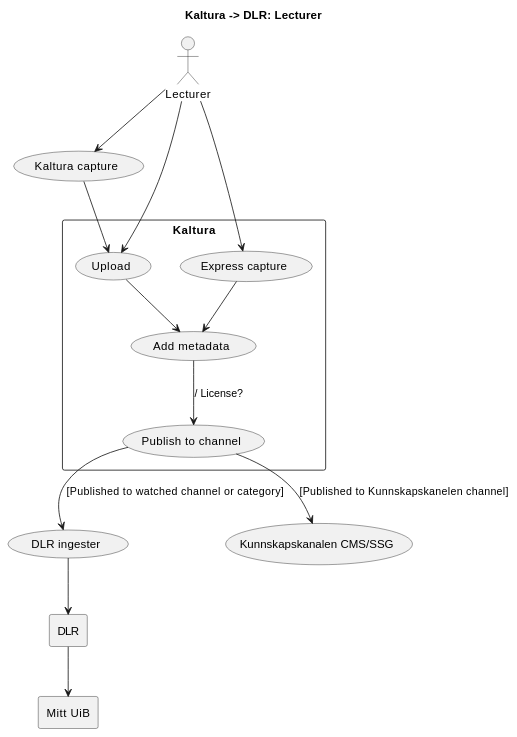
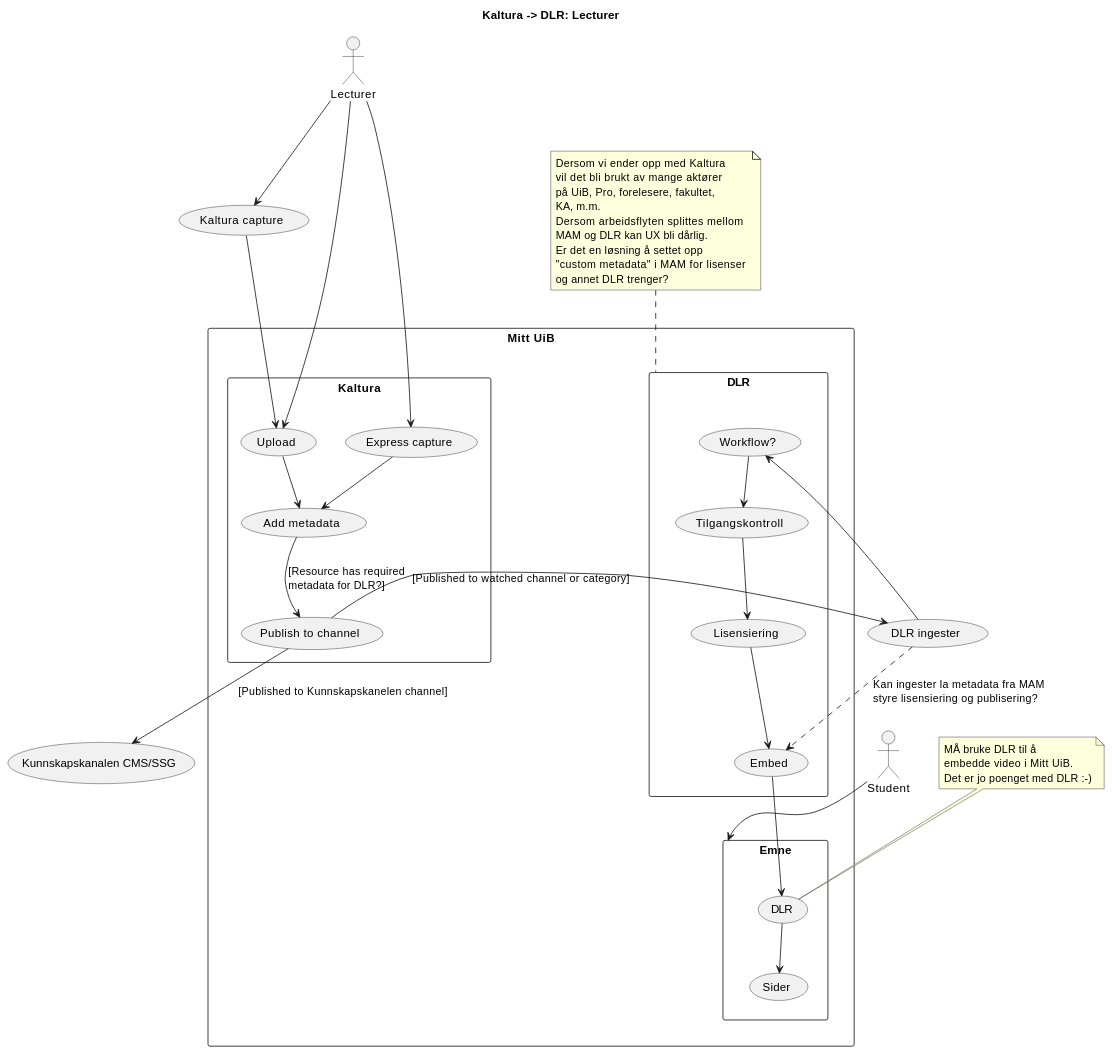
One commit to tarjelavik/mam-dlr-architecture changed the diagram in src/docs/lecturer.md. Above: the diagram before and after it, drawn with PlantUML.

Commit message:
WIP: Detailing MAM-DLR flow

````diff
--- a/src/docs/lecturer.md
+++ b/src/docs/lecturer.md
@@ -6,36 +6,69 @@
 ```plantuml 
 @startuml
 
 title Kaltura -> DLR: Lecturer
 
-rectangle Kaltura {
-    (Upload)
-    (Express capture) 
-    (Add metadata) as metadata
-    (Publish to channel) as channel
-}
+rectangle "Mitt UiB" as mittuib {
+    rectangle Kaltura {
+        (Upload)
+        (Express capture) 
+        (Add metadata) as metadata
+        (Publish to channel) as channel
+    }
 
-rectangle DLR {
-
-}
-
-rectangle "Mitt UiB" as mittuib {
-
+    rectangle DLR {
+        (Tilgangskontroll) as access
+        (Lisensiering) as license
+        (Embed) as embed
+        (Workflow?) as wf
+    }
+    rectangle Emne {
+        (Sider) as sider
+        (DLR) as ltidlr
+    }
 }
 
 :Lecturer: 
+:Student: 
 
 Lecturer --> (Upload)
 Lecturer --> (Kaltura capture)
 Lecturer --> (Express capture) 
 (Kaltura capture) --> (Upload)
 (Upload) --> metadata
 (Express capture) --> metadata
-metadata --> channel : / License?
+metadata --> channel : "[Resource has required\lmetadata for DLR?]"
 
 channel --> (DLR ingester) : "[Published to watched channel or category]"
 channel --> (Kunnskapskanalen CMS/SSG) : "[Published to Kunnskapskanelen channel]"
-(DLR ingester) --> DLR
-DLR --> mittuib
+(DLR ingester) --> wf
+(DLR ingester) ..> embed : "Kan ingester la metadata fra MAM\lstyre lisensiering og publisering?"
+embed --> ltidlr
+
+note top of ltidlr
+    MÅ bruke DLR til å
+    embedde video i Mitt UiB.
+    Det er jo poenget med DLR :-)
+end note
+
+wf --> access
+access --> license
+license --> embed
+
+ltidlr --> sider
+
+:Student: --> Emne
+
+note top of DLR 
+    Dersom vi ender opp med Kaltura
+    vil det bli brukt av mange aktører
+    på UiB, Pro, forelesere, fakultet,
+    KA, m.m.
+    Dersom arbeidsflyten splittes mellom
+    MAM og DLR kan UX bli dårlig.
+    Er det en løsning å settet opp 
+    "custom metadata" i MAM for lisenser 
+    og annet DLR trenger?
+end note
 @enduml
 ```
````
